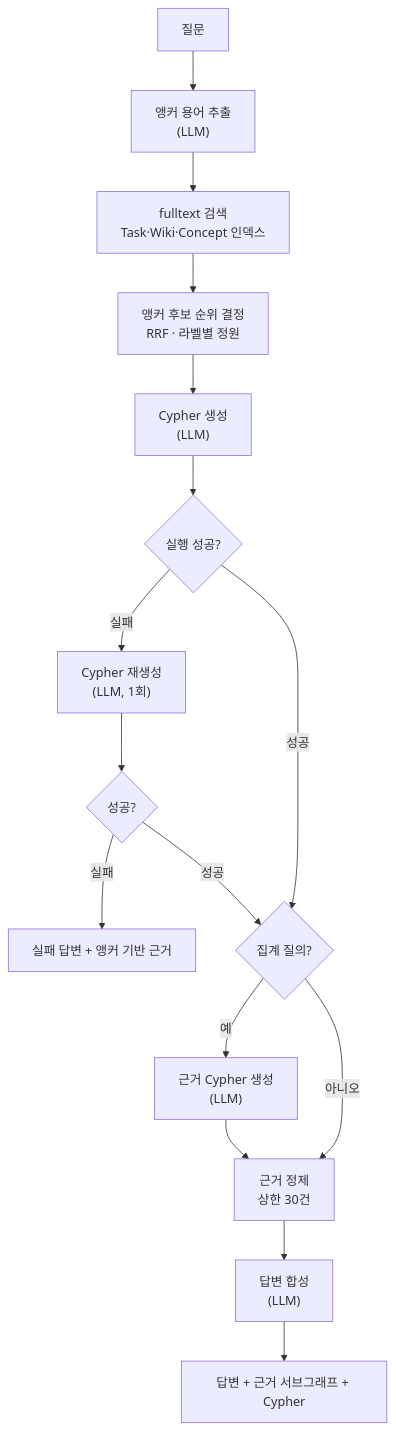
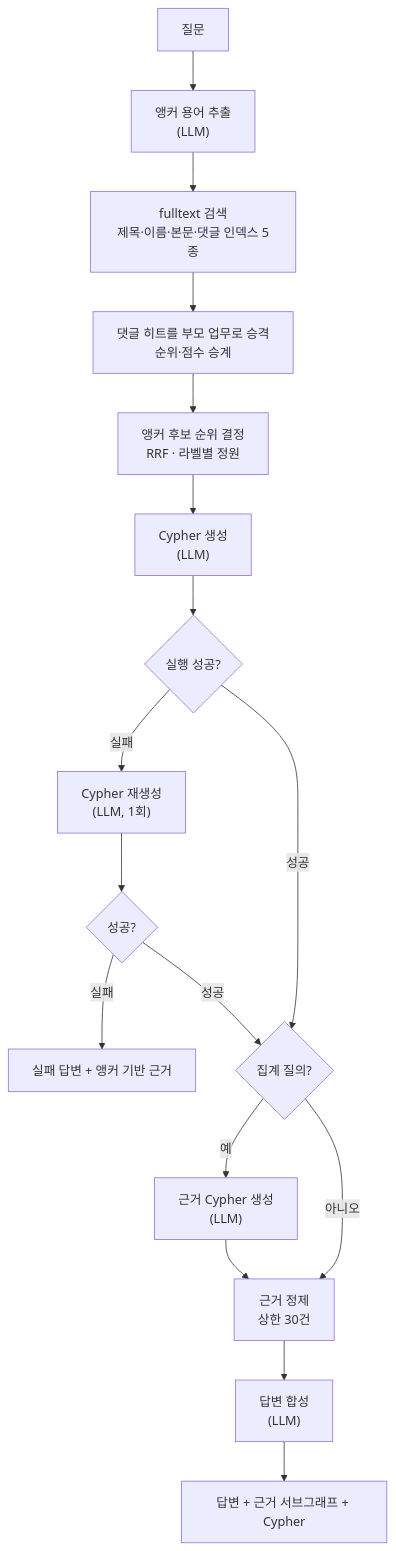
The second of 3 diagrams in docs/flow.md (jon890/devloop-v2), drawn with Mermaid before and after one commit. The commit also changed other lines of this file and 14 other files, not shown here.

````diff
--- a/docs/flow.md
+++ b/docs/flow.md
@@ -107,18 +107,19 @@
 ```mermaid
 flowchart TD
     Q["질문"] --> T["앵커 용어 추출<br/>(LLM)"]
-    T --> S["fulltext 검색<br/>Task·Wiki·Concept 인덱스"]
-    S --> R["앵커 후보 순위 결정<br/>RRF · 라벨별 정원"]
+    T --> S["fulltext 검색<br/>제목·이름·본문·댓글 인덱스 5종"]
+    S --> P["댓글 히트를 부모 업무로 승격<br/>순위·점수 승계"]
+    P --> R["앵커 후보 순위 결정<br/>RRF · 라벨별 정원"]
     R --> C["Cypher 생성<br/>(LLM)"]
     C --> E{"실행 성공?"}
     E -->|실패| C2["Cypher 재생성<br/>(LLM, 1회)"]
     C2 --> E2{"성공?"}
     E2 -->|실패| FB["실패 답변 + 앵커 기반 근거"]
     E -->|성공| AGG{"집계 질의?"}
     E2 -->|성공| AGG
     AGG -->|예| EV["근거 Cypher 생성<br/>(LLM)"]
     AGG -->|아니오| BUILD
     EV --> BUILD["근거 정제<br/>상한 30건"]
     BUILD --> A["답변 합성<br/>(LLM)"]
     A --> OUT["답변 + 근거 서브그래프 + Cypher"]
 ```
````
